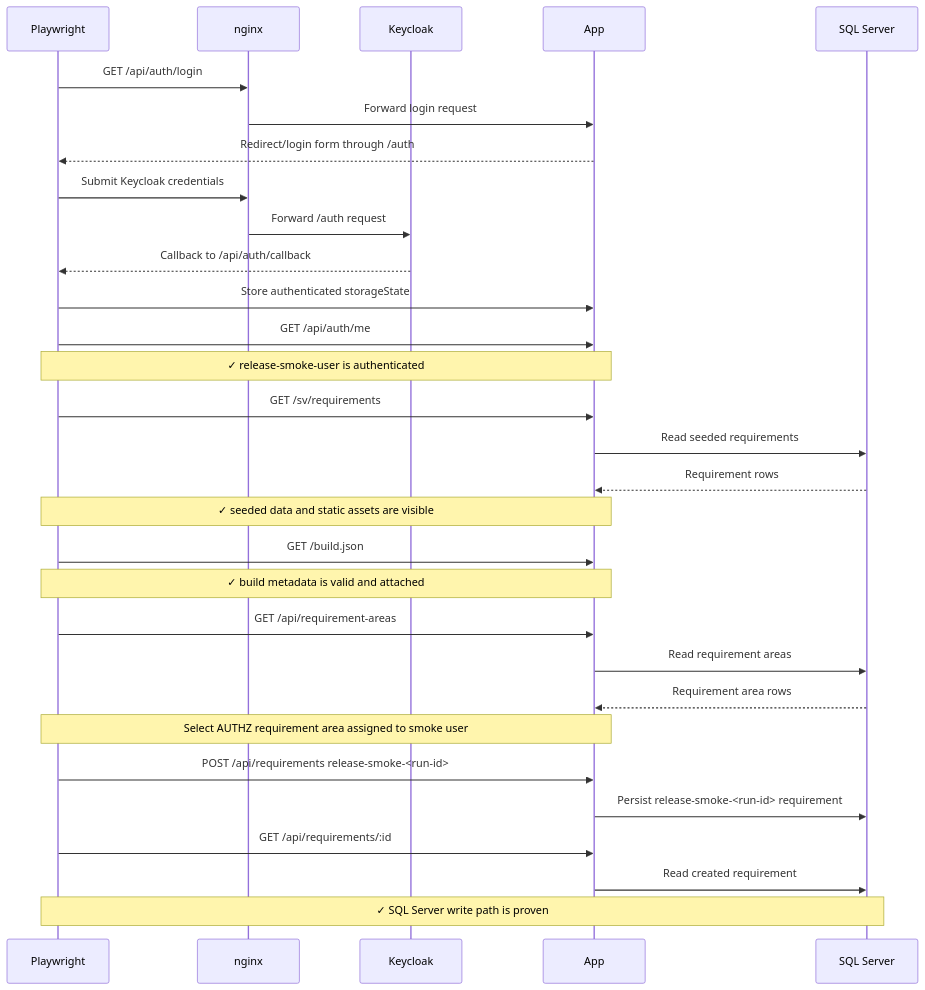
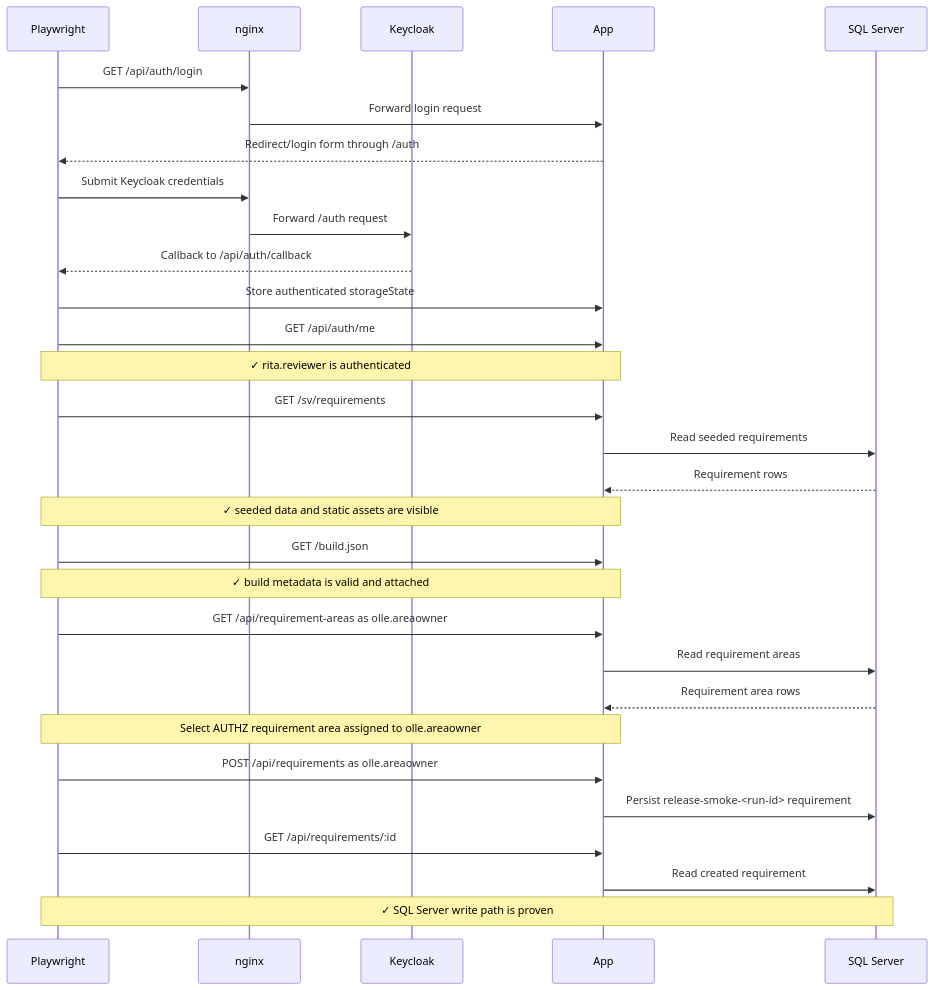
One commit to johlju/Kravhantering changed the second of 4 diagrams in tests/release-smoke/release-smoke.md. Above: the diagram before and after it, drawn with Mermaid. The commit also changed other lines of this file and 83 other files, not shown here.

````diff
--- a/tests/release-smoke/release-smoke.md
+++ b/tests/release-smoke/release-smoke.md
@@ -103,33 +103,33 @@
 ```mermaid
 sequenceDiagram
     participant PW as Playwright
     participant N as nginx
     participant KC as Keycloak
     participant APP as App
     participant DB as SQL Server
 
     PW->>N: GET /api/auth/login
     N->>APP: Forward login request
     APP-->>PW: Redirect/login form through /auth
     PW->>N: Submit Keycloak credentials
     N->>KC: Forward /auth request
     KC-->>PW: Callback to /api/auth/callback
     PW->>APP: Store authenticated storageState
     PW->>APP: GET /api/auth/me
-    Note over PW,APP: ✓ release-smoke-user is authenticated
+    Note over PW,APP: ✓ rita.reviewer is authenticated
     PW->>APP: GET /sv/requirements
     APP->>DB: Read seeded requirements
     DB-->>APP: Requirement rows
     Note over PW,APP: ✓ seeded data and static assets are visible
     PW->>APP: GET /build.json
     Note over PW,APP: ✓ build metadata is valid and attached
-    PW->>APP: GET /api/requirement-areas
+    PW->>APP: GET /api/requirement-areas as olle.areaowner
     APP->>DB: Read requirement areas
     DB-->>APP: Requirement area rows
-    Note over PW,APP: Select AUTHZ requirement area assigned to smoke user
-    PW->>APP: POST /api/requirements release-smoke-<run-id>
+    Note over PW,APP: Select AUTHZ requirement area assigned to olle.areaowner
+    PW->>APP: POST /api/requirements as olle.areaowner
     APP->>DB: Persist release-smoke-<run-id> requirement
     PW->>APP: GET /api/requirements/:id
     APP->>DB: Read created requirement
     Note over PW,DB: ✓ SQL Server write path is proven
 ```
````
